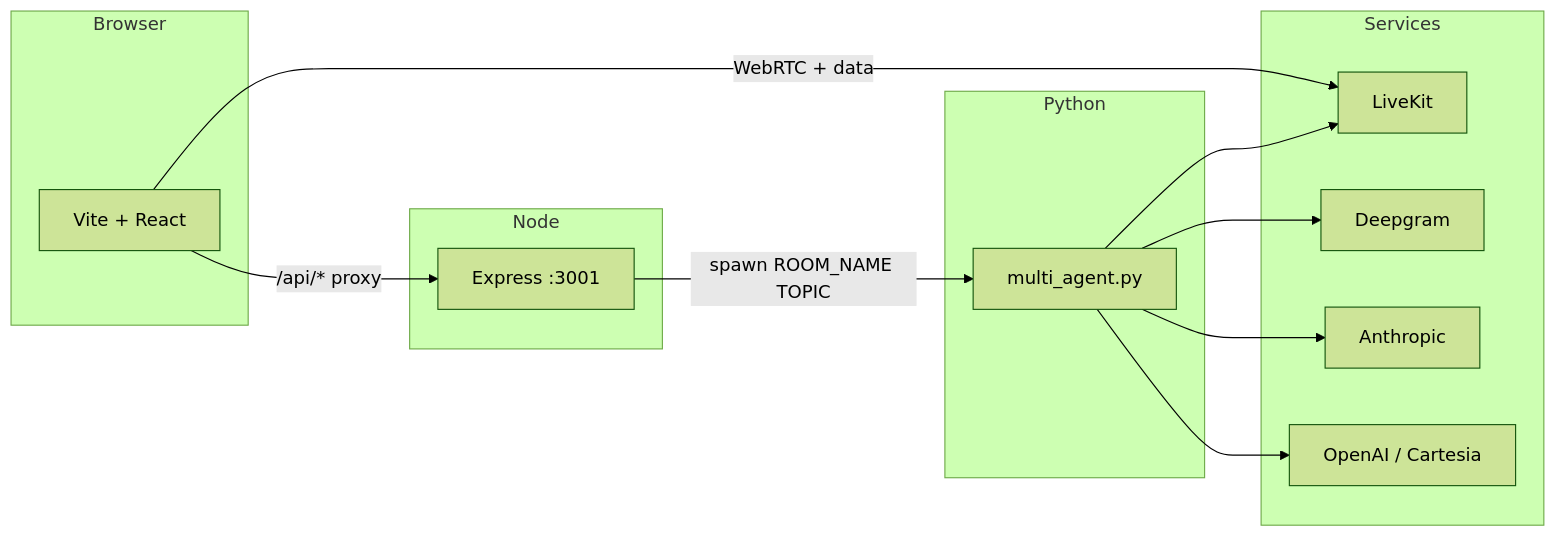
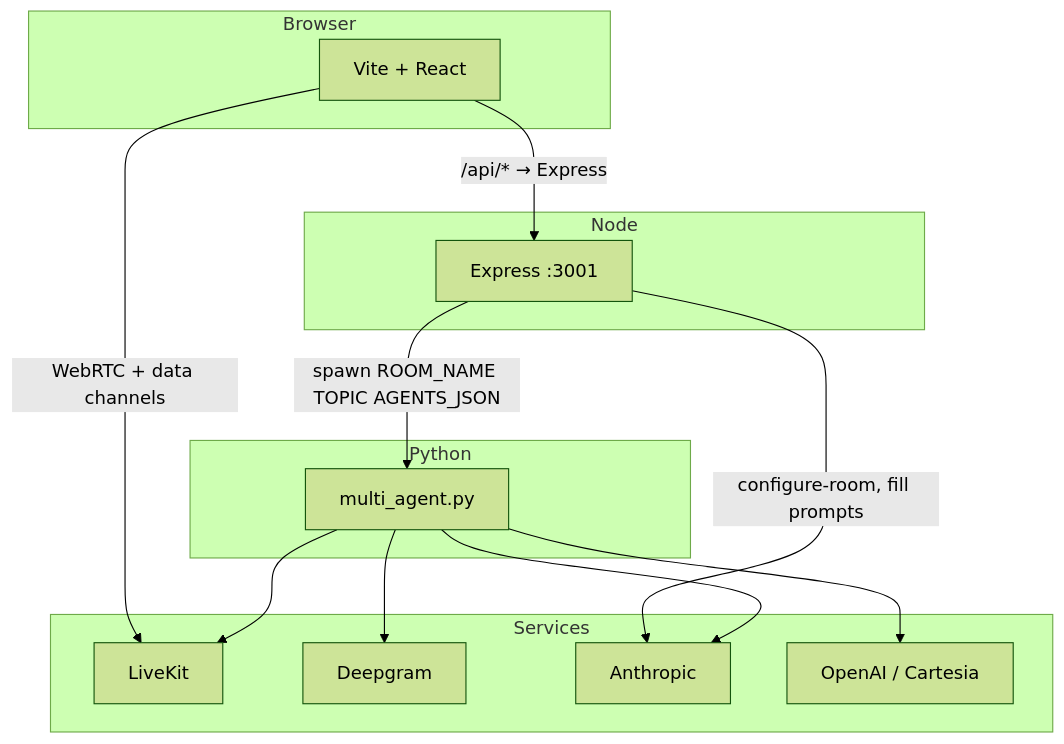
Before and after one commit to ebeetles/Agora: the diagram in README.md, drawn with Mermaid (forest theme). The commit also changed other lines of this file and 1 other file, not shown here.

````diff
--- a/README.md
+++ b/README.md
@@ -19,25 +31,26 @@
 ```mermaid
-flowchart LR
+flowchart TB
   subgraph browser [Browser]
     UI[Vite + React]
   end
   subgraph node [Node]
     API[Express :3001]
   end
   subgraph python [Python]
     MA[multi_agent.py]
   end
   subgraph cloud [Services]
     LK[LiveKit]
     DG[Deepgram]
     AN[Anthropic]
     TTS[OpenAI / Cartesia]
   end
-  UI -->|"/api/* proxy"| API
-  API -->|spawn ROOM_NAME TOPIC| MA
-  UI -->|WebRTC + data| LK
+  UI -->|"/api/* → Express"| API
+  API -->|configure-room, fill prompts| AN
+  API -->|spawn ROOM_NAME TOPIC AGENTS_JSON| MA
+  UI -->|WebRTC + data channels| LK
   MA --> LK
   MA --> DG
   MA --> AN
   MA --> TTS
 ```
````
